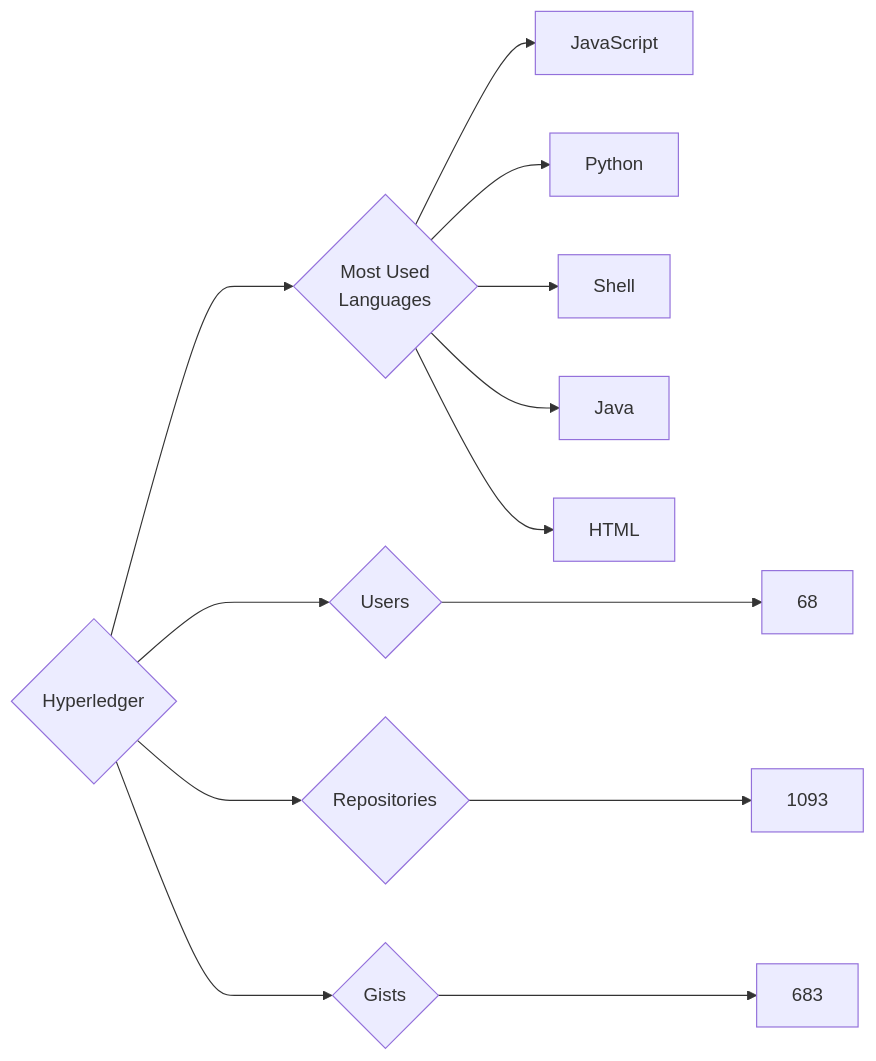
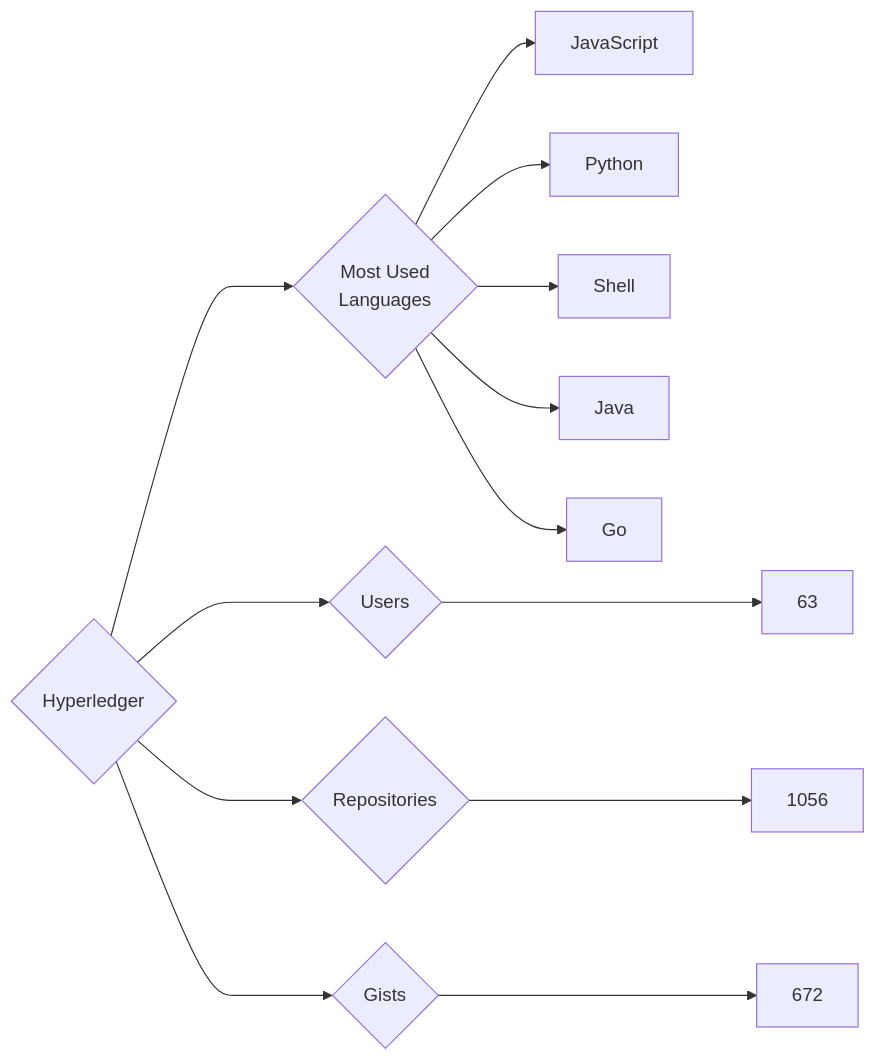
One commit to trickest/insiders changed the diagram in targets/Hyperledger/README.md. Above: the diagram before and after it, drawn with Mermaid. The commit also changed 775 other files, not shown here.

````diff
--- a/targets/Hyperledger/README.md
+++ b/targets/Hyperledger/README.md
@@ -3,13 +3,13 @@
 ```mermaid
 graph LR
 COMPANY_NAME{Hyperledger}
-COMPANY_NAME ---> U{Users} ---> UN[68]
-COMPANY_NAME ---> R{Repositories} ---> RN[1093]
-COMPANY_NAME ---> G{Gists} ---> GN[683]
+COMPANY_NAME ---> U{Users} ---> UN[63]
+COMPANY_NAME ---> R{Repositories} ---> RN[1056]
+COMPANY_NAME ---> G{Gists} ---> GN[672]
 COMPANY_NAME ---> ML{Most Used<br>Languages}
 ML --> JavaScript[JavaScript]
 ML --> Python[Python]
 ML --> Shell[Shell]
 ML --> Java[Java]
-ML --> HTML[HTML]
+ML --> Go[Go]
 ```
````
